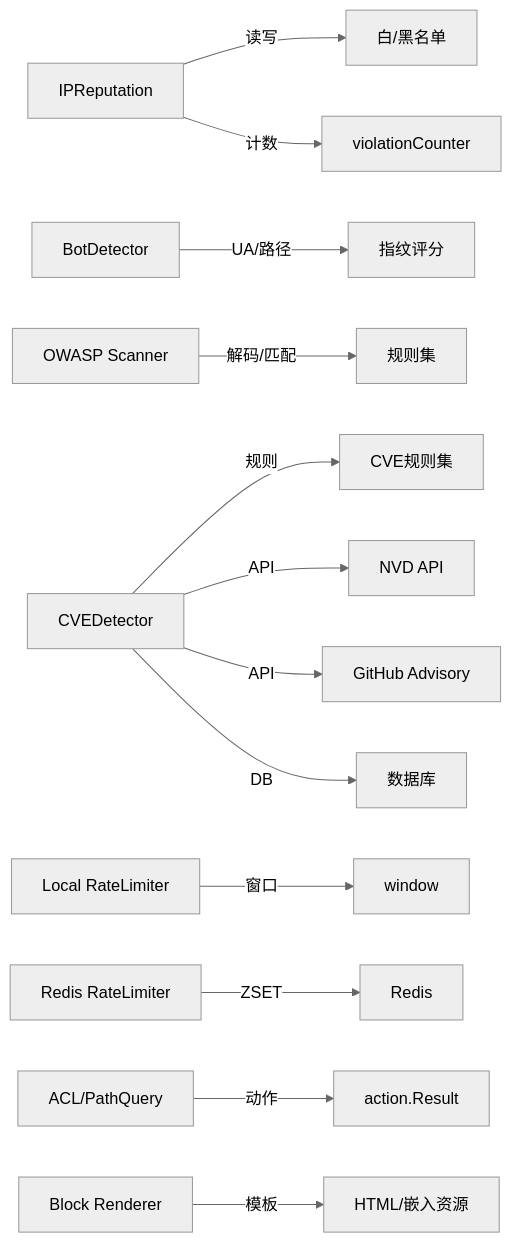
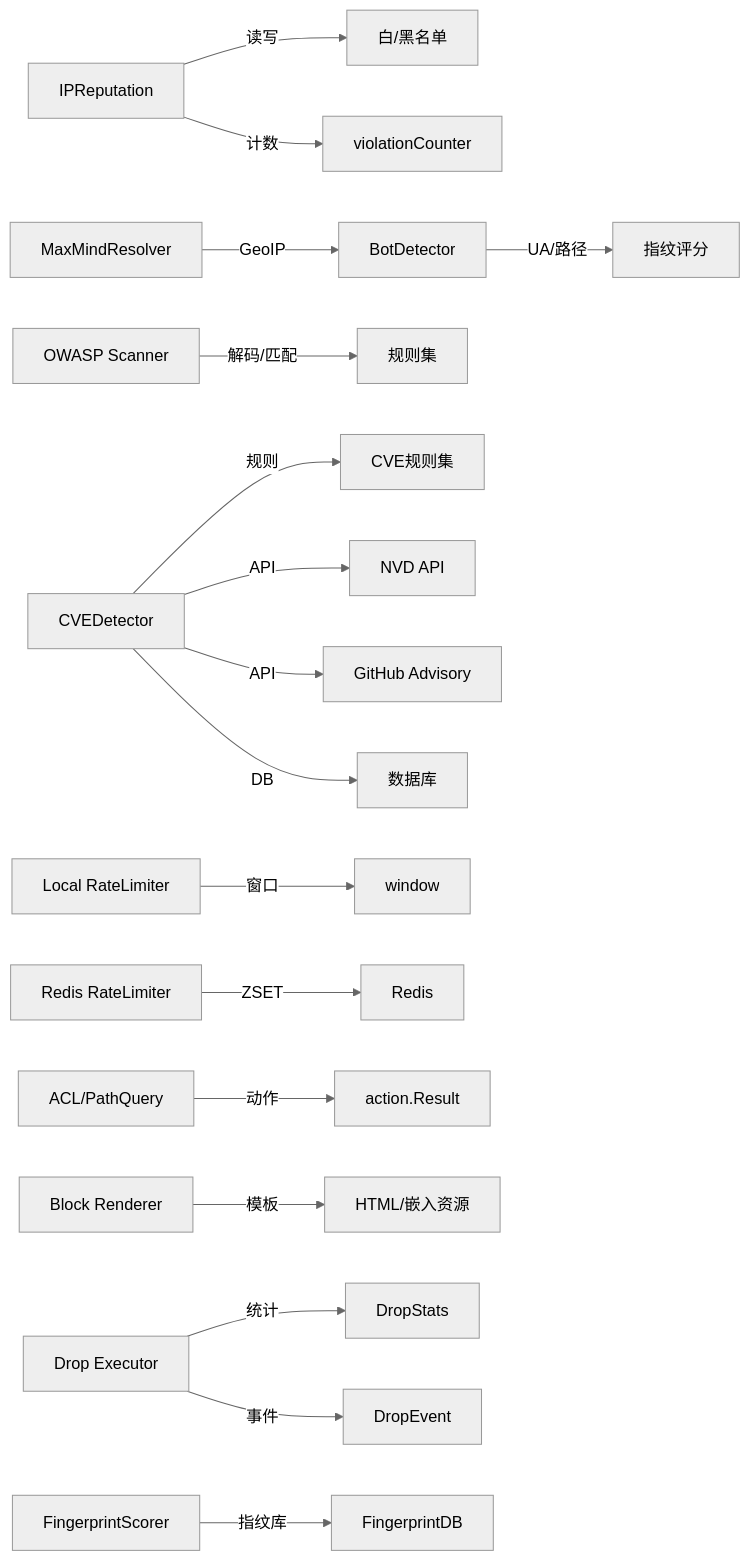
One commit to x01n/My-OpenWaf changed the tenth of 10 diagrams in docs/安全防护功能/安全防护功能.md. Above: the diagram before and after it, drawn with Mermaid (neutral theme). The commit also changed other lines of this file and 199 other files, not shown here.

````diff
--- a/docs/安全防护功能/安全防护功能.md
+++ b/docs/安全防护功能/安全防护功能.md
@@ -543,15 +578,19 @@
 ```mermaid
 graph LR
 IPREP["IPReputation"] --> |读写| Lists["白/黑名单"]
 IPREP --> |计数| VC["violationCounter"]
 BOT["BotDetector"] --> |UA/路径| Score["指纹评分"]
 OWASP["OWASP Scanner"] --> |解码/匹配| Rules["规则集"]
 CVE["CVEDetector"] --> |规则| CVERules["CVE规则集"]
 CVE --> |API| NVD["NVD API"]
 CVE --> |API| GH["GitHub Advisory"]
 CVE --> |DB| DB["数据库"]
 RL["Local RateLimiter"] --> |窗口| Win["window"]
 RLR["Redis RateLimiter"] --> |ZSET| Redis["Redis"]
 EVAL["ACL/PathQuery"] --> |动作| Action["action.Result"]
 BLOCK["Block Renderer"] --> |模板| HTML["HTML/嵌入资源"]
+DROP["Drop Executor"] --> |统计| Stats["DropStats"]
+DROP --> |事件| Events["DropEvent"]
+FP["FingerprintScorer"] --> |指纹库| FPDB["FingerprintDB"]
+GEO["MaxMindResolver"] --> |GeoIP| BOT
 ```
````
